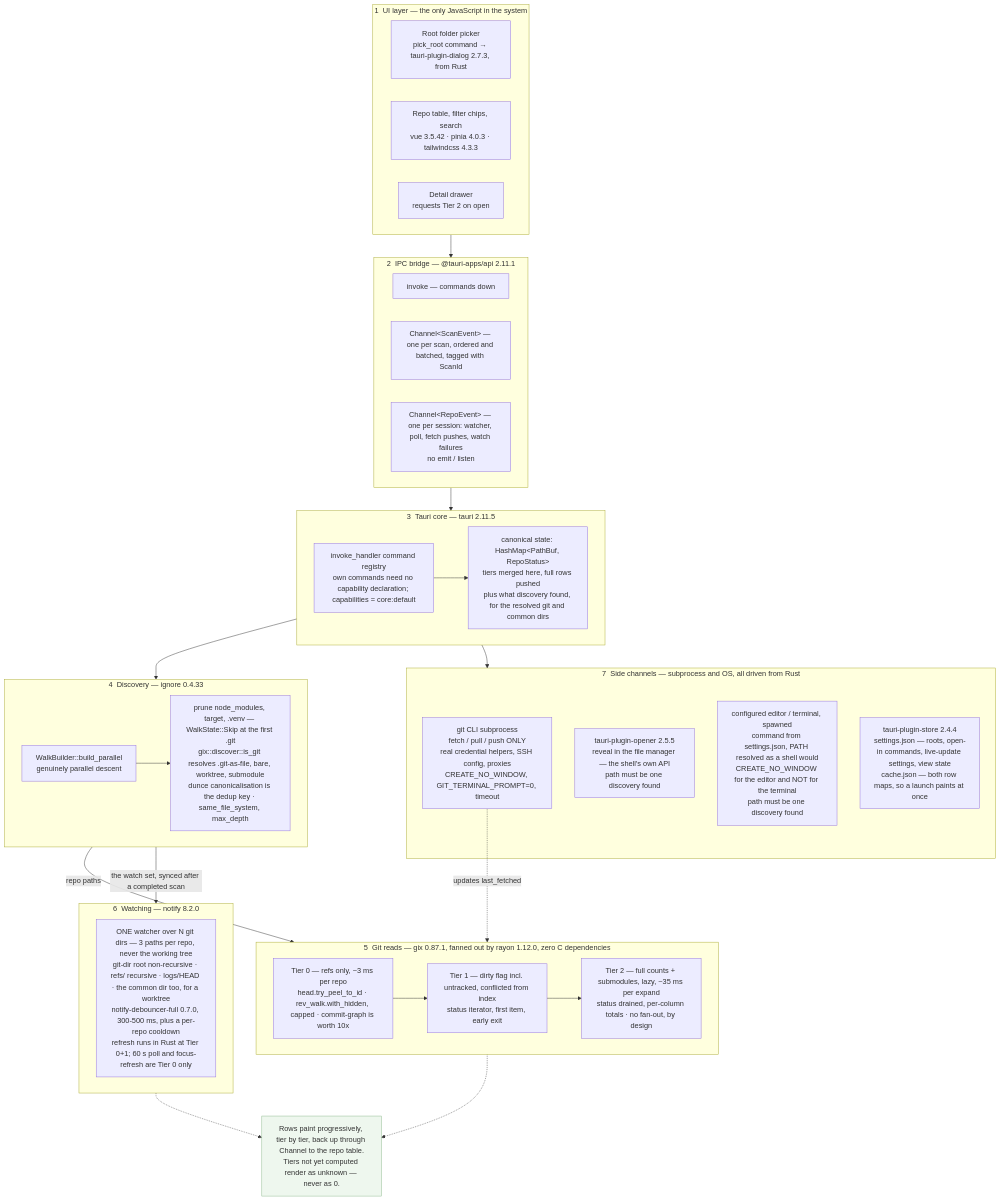
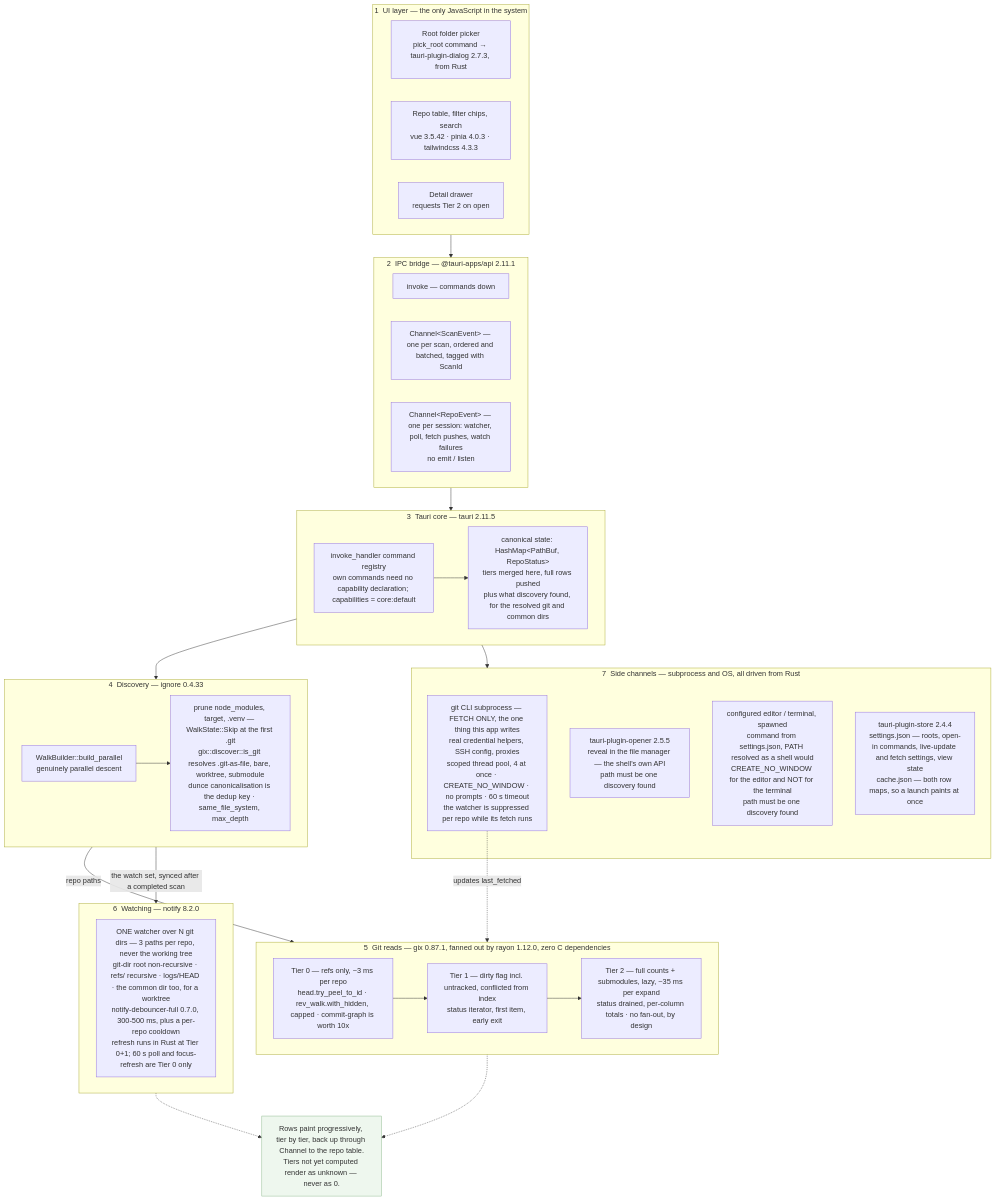
Before and after one commit to b-meyer/repo-viewer: the diagram in README.md, drawn with Mermaid. The commit also changed other lines of this file and 48 other files, not shown here.

````diff
--- a/README.md
+++ b/README.md
@@ -31,59 +34,59 @@
 ```mermaid
 flowchart TB
     subgraph L1["1 &nbsp;UI layer &mdash; the only JavaScript in the system"]
         L1A["Root folder picker<br/>pick_root command &rarr; tauri-plugin-dialog 2.7.3, from Rust"]
         L1B["Repo table, filter chips, search<br/>vue 3.5.42 &middot; pinia 4.0.3 &middot; tailwindcss 4.3.3"]
         L1C["Detail drawer<br/>requests Tier 2 on open"]
     end
 
     subgraph L2["2 &nbsp;IPC bridge &mdash; @tauri-apps/api 2.11.1"]
         L2A["invoke &mdash; commands down"]
         L2B["Channel&lt;ScanEvent&gt; &mdash; one per scan, ordered and batched, tagged with ScanId"]
         L2C["Channel&lt;RepoEvent&gt; &mdash; one per session: watcher, poll, fetch pushes, watch failures<br/>no emit / listen"]
     end
 
     subgraph L3["3 &nbsp;Tauri core &mdash; tauri 2.11.5"]
         L3A["invoke_handler command registry<br/>own commands need no capability declaration; capabilities = core:default"]
         L3B["canonical state: HashMap&lt;PathBuf, RepoStatus&gt;<br/>tiers merged here, full rows pushed<br/>plus what discovery found, for the resolved git and common dirs"]
     end
 
     subgraph L4["4 &nbsp;Discovery &mdash; ignore 0.4.33"]
         L4A["WalkBuilder::build_parallel<br/>genuinely parallel descent"]
         L4B["prune node_modules, target, .venv &mdash; WalkState::Skip at the first .git<br/>gix::discover::is_git resolves .git-as-file, bare, worktree, submodule<br/>dunce canonicalisation is the dedup key &middot; same_file_system, max_depth"]
     end
 
     subgraph L5["5 &nbsp;Git reads &mdash; gix 0.87.1, fanned out by rayon 1.12.0, zero C dependencies"]
         L5A["Tier 0 &mdash; refs only, ~3 ms per repo<br/>head.try_peel_to_id &middot; rev_walk.with_hidden, capped &middot; commit-graph is worth 10x"]
         L5B["Tier 1 &mdash; dirty flag incl. untracked, conflicted from index<br/>status iterator, first item, early exit"]
         L5C["Tier 2 &mdash; full counts + submodules, lazy, ~35 ms per expand<br/>status drained, per-column totals &middot; no fan-out, by design"]
     end
 
     subgraph L6["6 &nbsp;Watching &mdash; notify 8.2.0"]
         L6A["ONE watcher over N git dirs &mdash; 3 paths per repo, never the working tree<br/>git-dir root non-recursive &middot; refs/ recursive &middot; logs/HEAD &middot; the common dir too, for a worktree<br/>notify-debouncer-full 0.7.0, 300-500 ms, plus a per-repo cooldown<br/>refresh runs in Rust at Tier 0+1; 60 s poll and focus-refresh are Tier 0 only"]
     end
 
     subgraph L7["7 &nbsp;Side channels &mdash; subprocess and OS, all driven from Rust"]
-        L7A["git CLI subprocess<br/>fetch / pull / push ONLY<br/>real credential helpers, SSH config, proxies<br/>CREATE_NO_WINDOW, GIT_TERMINAL_PROMPT=0, timeout"]
+        L7A["git CLI subprocess &mdash; FETCH ONLY, the one thing this app writes<br/>real credential helpers, SSH config, proxies<br/>scoped thread pool, 4 at once &middot; CREATE_NO_WINDOW &middot; no prompts &middot; 60 s timeout<br/>the watcher is suppressed per repo while its fetch runs"]
         L7B["tauri-plugin-opener 2.5.5<br/>reveal in the file manager &mdash; the shell's own API<br/>path must be one discovery found"]
         L7C["configured editor / terminal, spawned<br/>command from settings.json, PATH resolved as a shell would<br/>CREATE_NO_WINDOW for the editor and NOT for the terminal<br/>path must be one discovery found"]
-        L7D["tauri-plugin-store 2.4.4<br/>settings.json &mdash; roots, open-in commands, live-update settings, view state<br/>cache.json &mdash; both row maps, so a launch paints at once"]
+        L7D["tauri-plugin-store 2.4.4<br/>settings.json &mdash; roots, open-in commands, live-update and fetch settings, view state<br/>cache.json &mdash; both row maps, so a launch paints at once"]
     end
 
     OUT["Rows paint progressively, tier by tier, back up through Channel to the repo table.<br/>Tiers not yet computed render as unknown &mdash; never as 0."]
 
     L1 --> L2
     L2 --> L3
     L3A --> L3B
     L3 --> L4
     L3 --> L7
     L4A --> L4B
     L4 -->|"repo paths"| L5
     L4 -->|"the watch set, synced after a completed scan"| L6
     L5A --> L5B
     L5B --> L5C
     L5 -.-> OUT
     L6 -.-> OUT
     L7A -.->|"updates last_fetched"| L5
 
     style OUT fill:#eef7ee,stroke:#8bb88b
 ```
````
